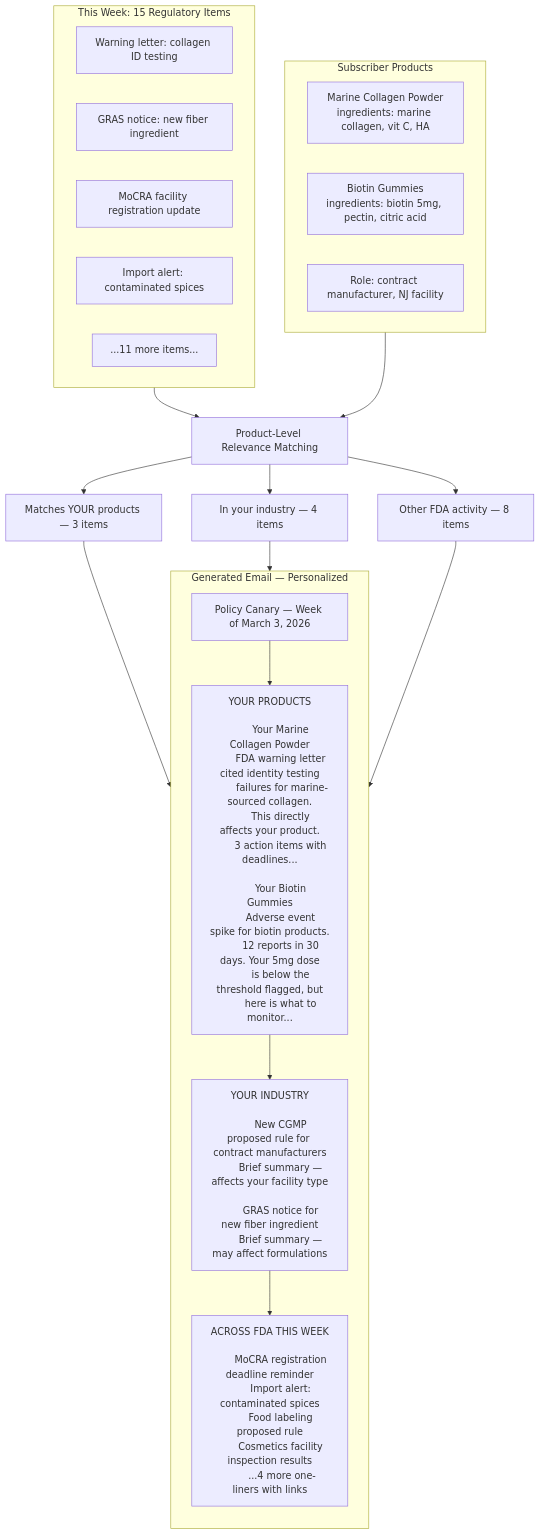
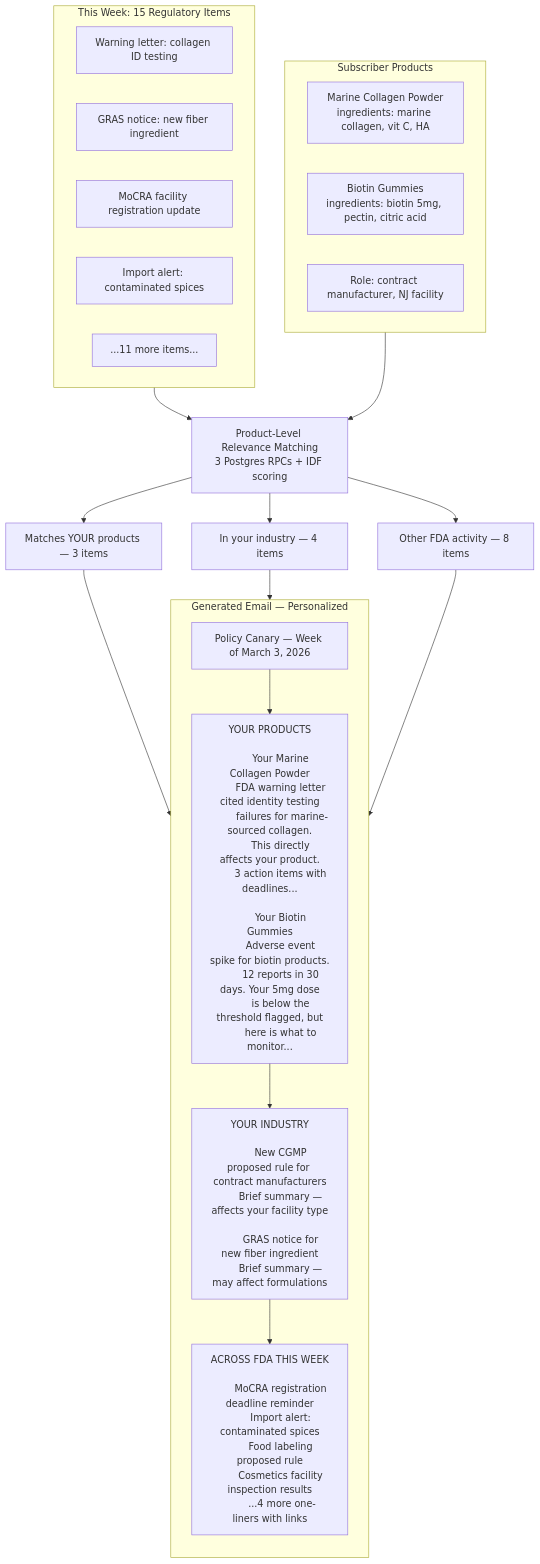
The third of 4 diagrams in memory-bank/architecture/llm-data-flow.md (Gr0x01/policycanary), drawn with Mermaid before and after one commit. The commit also changed other lines of this file and 23 other files, not shown here.

First line of the commit message:
feat: onboarding flow + manufacturer fields + route group architecture

````diff
--- a/memory-bank/architecture/llm-data-flow.md
+++ b/memory-bank/architecture/llm-data-flow.md
@@ -162,64 +160,64 @@
 ```mermaid
 flowchart TB
     subgraph WEEK["This Week: 15 Regulatory Items"]
         R1[Warning letter: collagen ID testing]
         R2[GRAS notice: new fiber ingredient]
         R3[MoCRA facility registration update]
         R4[Import alert: contaminated spices]
         R5[...11 more items...]
     end
 
     subgraph PROFILE["Subscriber Products"]
         P1["Marine Collagen Powder<br/>ingredients: marine collagen, vit C, HA"]
         P2["Biotin Gummies<br/>ingredients: biotin 5mg, pectin, citric acid"]
         P3["Role: contract manufacturer, NJ facility"]
     end
 
-    WEEK --> SCORE["Product-Level Relevance Matching"]
+    WEEK --> SCORE["Product-Level Relevance Matching<br/>3 Postgres RPCs + IDF scoring"]
     PROFILE --> SCORE
 
     SCORE --> PRODUCT_HIT["Matches YOUR products — 3 items"]
     SCORE --> INDUSTRY_HIT["In your industry — 4 items"]
     SCORE --> OTHER["Other FDA activity — 8 items"]
 
     subgraph EMAIL["Generated Email — Personalized"]
         direction TB
         HEADER["Policy Canary — Week of March 3, 2026"]
 
         SECTION1["YOUR PRODUCTS
 
         Your Marine Collagen Powder
         FDA warning letter cited identity testing
         failures for marine-sourced collagen.
         This directly affects your product.
         3 action items with deadlines...
 
         Your Biotin Gummies
         Adverse event spike for biotin products.
         12 reports in 30 days. Your 5mg dose
         is below the threshold flagged, but
         here is what to monitor..."]
 
         SECTION2["YOUR INDUSTRY
 
         New CGMP proposed rule for contract manufacturers
         Brief summary — affects your facility type
 
         GRAS notice for new fiber ingredient
         Brief summary — may affect formulations"]
 
         SECTION3["ACROSS FDA THIS WEEK
 
         MoCRA registration deadline reminder
         Import alert: contaminated spices
         Food labeling proposed rule
         Cosmetics facility inspection results
         ...4 more one-liners with links"]
 
         HEADER --> SECTION1 --> SECTION2 --> SECTION3
     end
 
     PRODUCT_HIT --> SECTION1
     INDUSTRY_HIT --> SECTION2
     OTHER --> SECTION3
 ```
````
